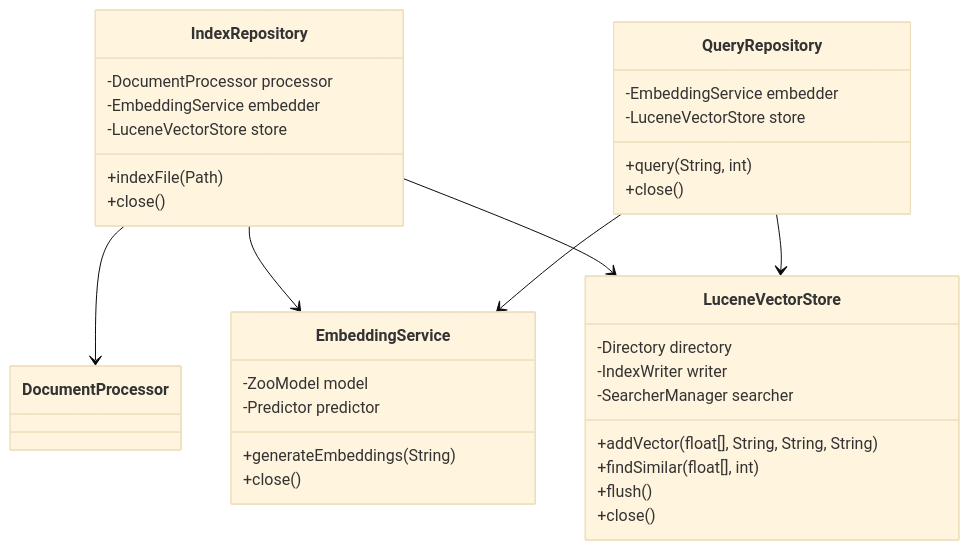
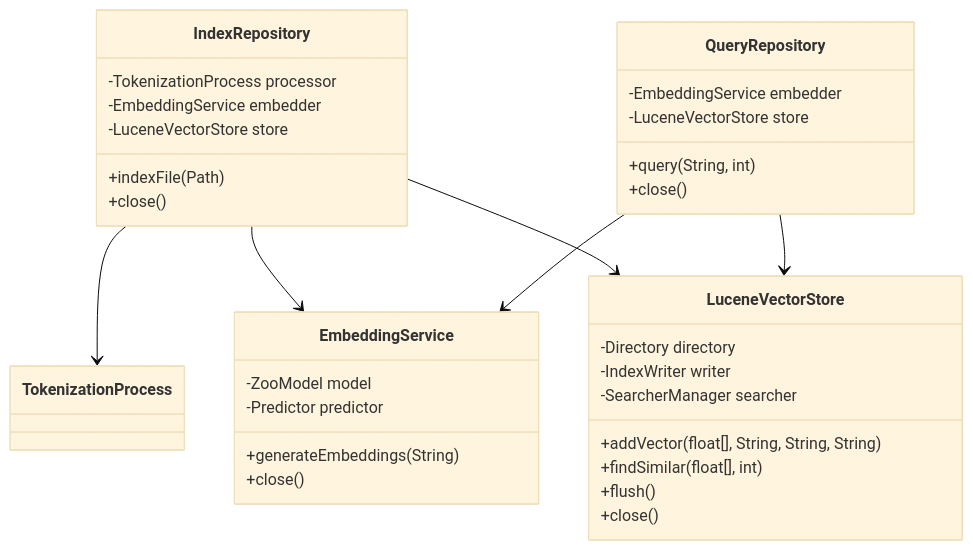
One commit to pramodanarase/local-rag-system changed the second of 3 diagrams in ARB.md. Above: the diagram before and after it, drawn with Mermaid (base theme). The commit also changed other lines of this file and 3 other files, not shown here.

Commit message:
rename Document to Tokenization

````diff
--- a/ARB.md
+++ b/ARB.md
@@ -47,40 +47,40 @@
 ```mermaid
 classDiagram
     class IndexRepository {
-        -DocumentProcessor processor
+        -TokenizationProcess processor
         -EmbeddingService embedder
         -LuceneVectorStore store
         +indexFile(Path)
         +close()
     }
     
     class QueryRepository {
         -EmbeddingService embedder
         -LuceneVectorStore store
         +query(String, int)
         +close()
     }
     
     class LuceneVectorStore {
         -Directory directory
         -IndexWriter writer
         -SearcherManager searcher
         +addVector(float[], String, String, String)
         +findSimilar(float[], int)
         +flush()
         +close()
     }
     
     class EmbeddingService {
         -ZooModel model
         -Predictor predictor
         +generateEmbeddings(String)
         +close()
     }
     
-    IndexRepository --> DocumentProcessor
+    IndexRepository --> TokenizationProcess
     IndexRepository --> EmbeddingService
     IndexRepository --> LuceneVectorStore
     QueryRepository --> EmbeddingService
     QueryRepository --> LuceneVectorStore
 ```
````
